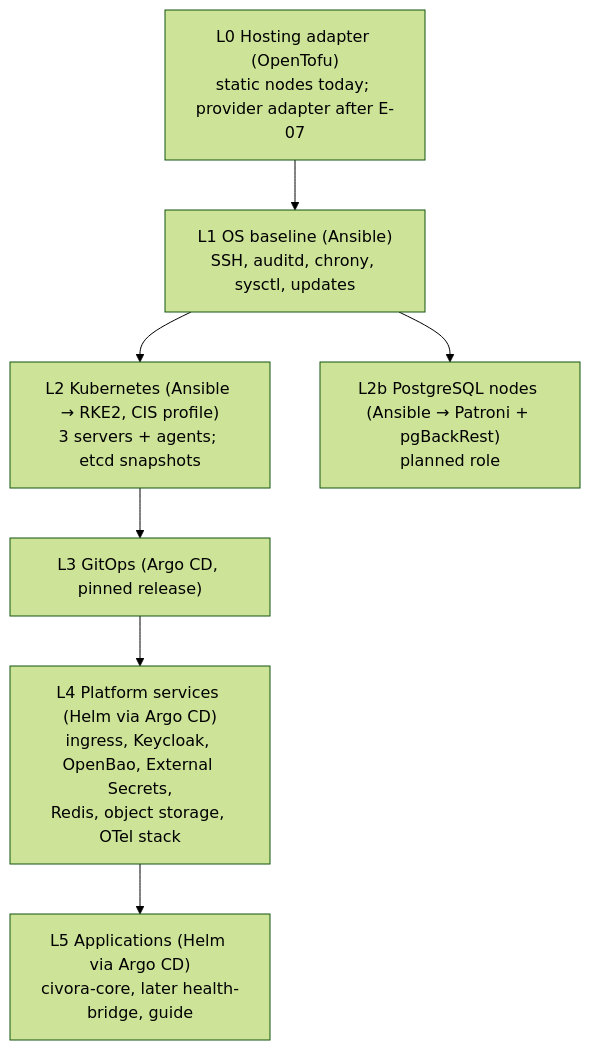
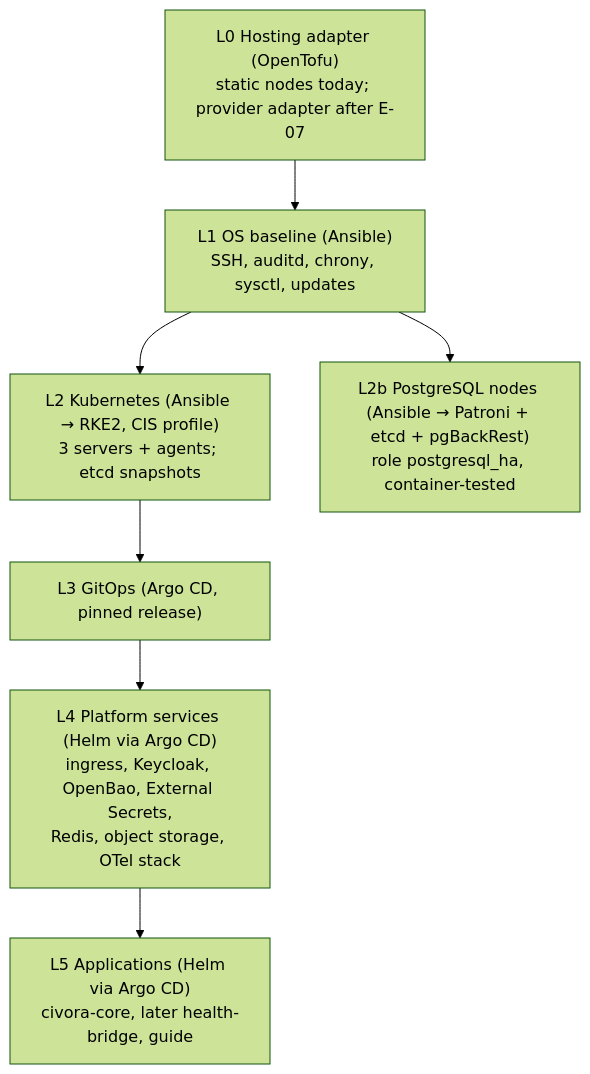
The first of 2 diagrams in docs/phase-2/13-cloud-and-deployment-architecture.md (harounghorbel14-star/civora), drawn with Mermaid (forest theme) before and after one commit. The commit also changed other lines of this file and 30 other files, not shown here.

````diff
--- a/docs/phase-2/13-cloud-and-deployment-architecture.md
+++ b/docs/phase-2/13-cloud-and-deployment-architecture.md
@@ -36,9 +36,9 @@
 ```mermaid
 flowchart TB
   L0["L0 Hosting adapter (OpenTofu)<br/>static nodes today; provider adapter after E-07"] --> L1["L1 OS baseline (Ansible)<br/>SSH, auditd, chrony, sysctl, updates"]
   L1 --> L2["L2 Kubernetes (Ansible → RKE2, CIS profile)<br/>3 servers + agents; etcd snapshots"]
-  L1 --> L2b["L2b PostgreSQL nodes (Ansible → Patroni + pgBackRest)<br/>planned role"]
+  L1 --> L2b["L2b PostgreSQL nodes (Ansible → Patroni + etcd + pgBackRest)<br/>role postgresql_ha, container-tested"]
   L2 --> L3["L3 GitOps (Argo CD, pinned release)"]
   L3 --> L4["L4 Platform services (Helm via Argo CD)<br/>ingress, Keycloak, OpenBao, External Secrets,<br/>Redis, object storage, OTel stack"]
   L4 --> L5["L5 Applications (Helm via Argo CD)<br/>civora-core, later health-bridge, guide"]
 ```
````
